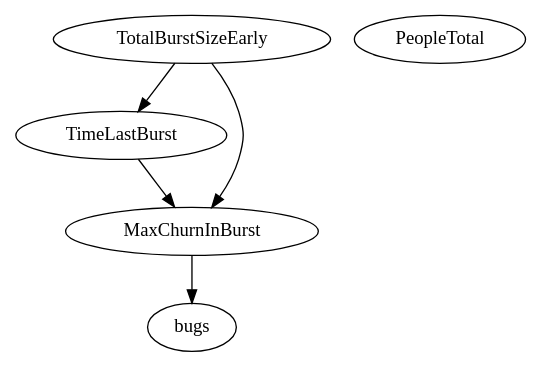
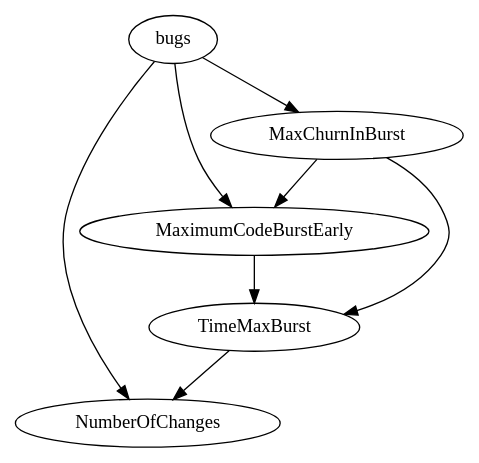
The diagram in experiment_4/bn_graphs/weekly/classes/ECLIPSE31_GAP3-3_BURST3-3/ECLIPSE31_GAP3-3_BURST3-3_bn_7.dot (Broshen/defect_prediction_analysis), drawn with Graphviz before and after one commit. The commit also changed 340 other files, not shown here.

```diff
--- a/experiment_4/bn_graphs/weekly/classes/ECLIPSE31_GAP3-3_BURST3-3/ECLIPSE31_GAP3-3_BURST3-3_bn_7.dot
+++ b/experiment_4/bn_graphs/weekly/classes/ECLIPSE31_GAP3-3_BURST3-3/ECLIPSE31_GAP3-3_BURST3-3_bn_7.dot
@@ -1,11 +1,14 @@
 digraph {
-   TimeLastBurst;
-   PeopleTotal;
    bugs;
+   NumberOfChanges;
+   MaximumCodeBurstEarly;
    MaxChurnInBurst;
-   TotalBurstSizeEarly;
-   TimeLastBurst -> MaxChurnInBurst;
-   MaxChurnInBurst -> bugs;
-   TotalBurstSizeEarly -> TimeLastBurst;
-   TotalBurstSizeEarly -> MaxChurnInBurst;
+   TimeMaxBurst;
+   bugs -> NumberOfChanges;
+   bugs -> MaximumCodeBurstEarly;
+   bugs -> MaxChurnInBurst;
+   MaximumCodeBurstEarly -> TimeMaxBurst;
+   MaxChurnInBurst -> MaximumCodeBurstEarly;
+   MaxChurnInBurst -> TimeMaxBurst;
+   TimeMaxBurst -> NumberOfChanges;
 }
```
